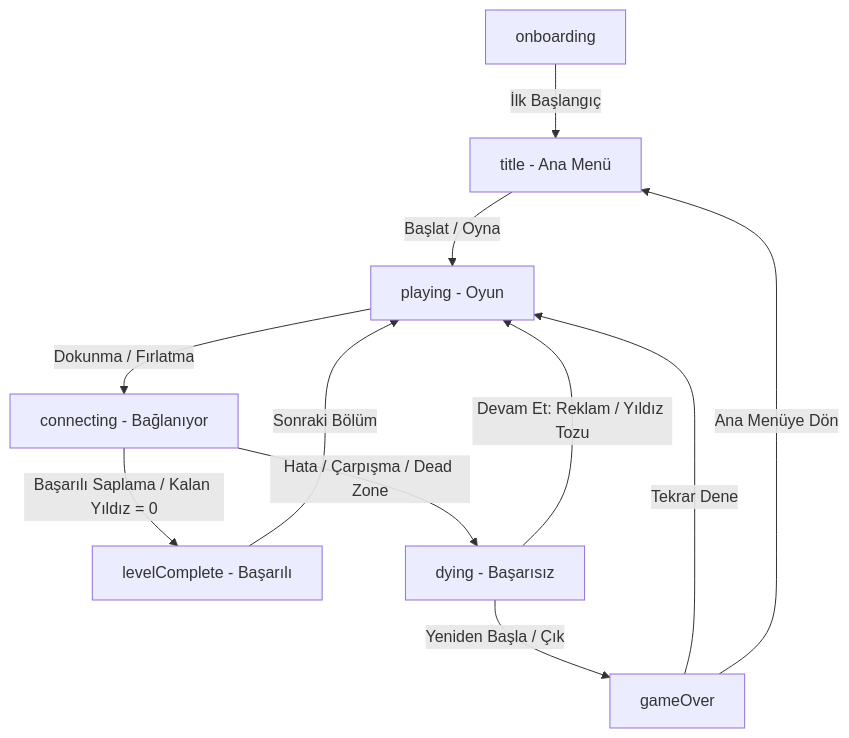
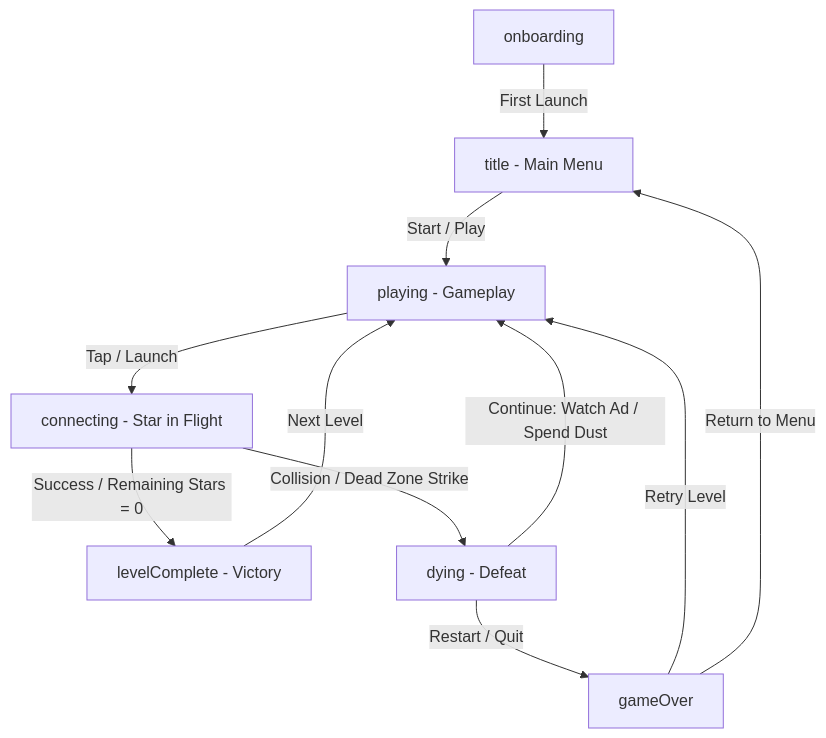
Before and after one commit to dogukandoymaz/constella: the diagram in README.md, drawn with Mermaid. The commit also changed other lines of this file, not shown here.

````diff
--- a/README.md
+++ b/README.md
@@ -74,13 +73,13 @@
 ```mermaid
 graph TD
-    A[onboarding] -->|İlk Başlangıç| B[title - Ana Menü]
-    B -->|Başlat / Oyna| C[playing - Oyun]
-    C -->|Dokunma / Fırlatma| D[connecting - Bağlanıyor]
-    D -->|Başarılı Saplama / Kalan Yıldız = 0| E[levelComplete - Başarılı]
-    D -->|Hata / Çarpışma / Dead Zone| F[dying - Başarısız]
-    E -->|Sonraki Bölüm| C
-    F -->|Devam Et: Reklam / Yıldız Tozu| C
-    F -->|Yeniden Başla / Çık| G[gameOver]
-    G -->|Tekrar Dene| C
-    G -->|Ana Menüye Dön| B
+    A[onboarding] -->|First Launch| B[title - Main Menu]
+    B -->|Start / Play| C[playing - Gameplay]
+    C -->|Tap / Launch| D[connecting - Star in Flight]
+    D -->|Success / Remaining Stars = 0| E[levelComplete - Victory]
+    D -->|Collision / Dead Zone Strike| F[dying - Defeat]
+    E -->|Next Level| C
+    F -->|Continue: Watch Ad / Spend Dust| C
+    F -->|Restart / Quit| G[gameOver]
+    G -->|Retry Level| C
+    G -->|Return to Menu| B
 ```
````
